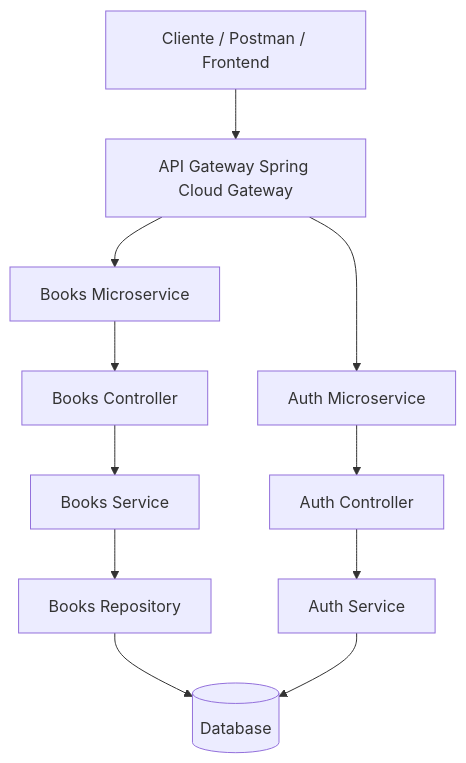
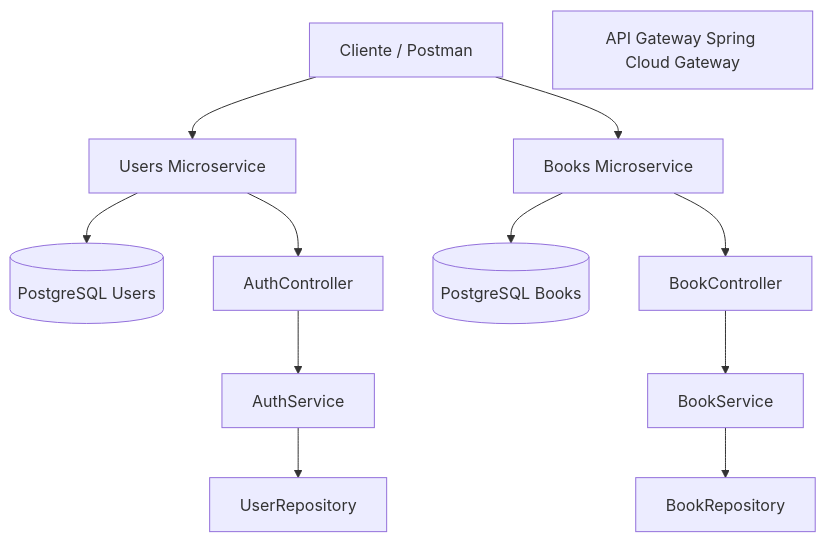
One commit to igmoyah-lab/SystemLibrary changed the diagram in README.md. Above: the diagram before and after it, drawn with Mermaid. The commit also changed 1 other file, not shown here.

````diff
--- a/README.md
+++ b/README.md
@@ -48,33 +49,20 @@
 ```mermaid
 flowchart TD
 
-Client[Cliente / Postman / Frontend]
-
+A["Cliente / Postman"]
 Gateway[API Gateway Spring Cloud Gateway]
 
-BooksMS[Books Microservice]
-AuthMS[Auth Microservice]
+A --> B["Users Microservice"]
+A --> C["Books Microservice"]
 
-BooksController[Books Controller]
-BooksService[Books Service]
-BooksRepo[Books Repository]
+B --> D[("PostgreSQL Users")]
+C --> E[("PostgreSQL Books")]
 
-AuthController[Auth Controller]
-AuthService[Auth Service]
+B --> F["AuthController"]
+F --> G["AuthService"]
+G --> H["UserRepository"]
 
-DB[(Database)]
-
-Client --> Gateway
-
-Gateway --> BooksMS
-Gateway --> AuthMS
-
-BooksMS --> BooksController
-BooksController --> BooksService
-BooksService --> BooksRepo
-BooksRepo --> DB
-
-AuthMS --> AuthController
-AuthController --> AuthService
-AuthService --> DB
+C --> I["BookController"]
+I --> J["BookService"]
+J --> K["BookRepository"]
 ```
````
